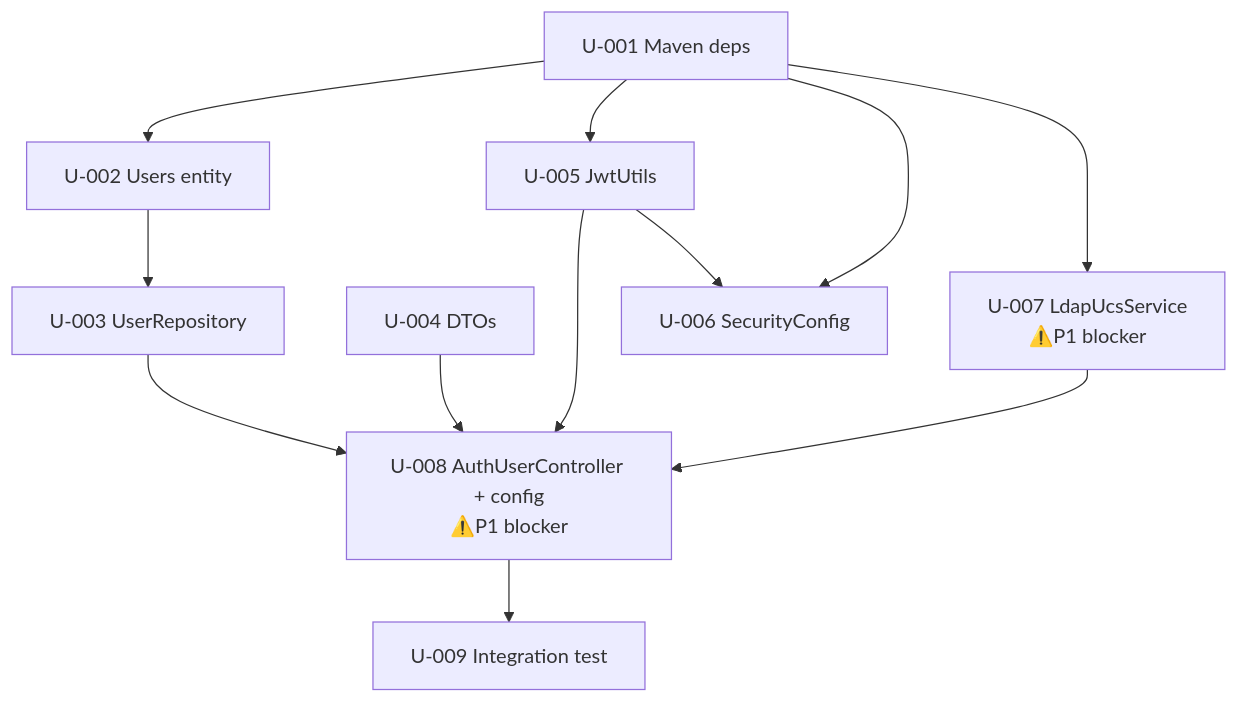
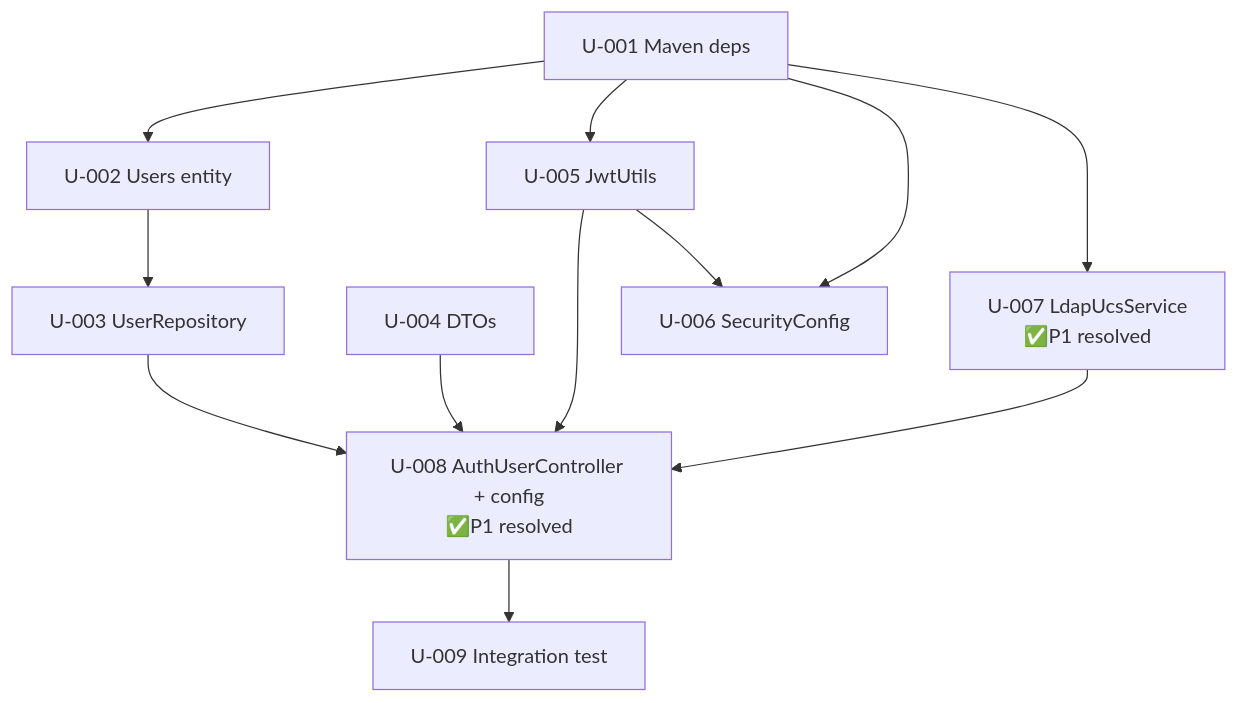
One commit to ikbalgazalba/coresystembackend changed the diagram in .mega-sdd/vaults/jwt-login/units/_index.md. Above: the diagram before and after it, drawn with Mermaid. The commit also changed other lines of this file and 36 other files, not shown here.

````diff
--- a/.mega-sdd/vaults/jwt-login/units/_index.md
+++ b/.mega-sdd/vaults/jwt-login/units/_index.md
@@ -16,15 +16,15 @@
 ```mermaid
 flowchart TD
     U001[U-001 Maven deps] --> U002[U-002 Users entity]
     U001 --> U005[U-005 JwtUtils]
-    U001 --> U007[U-007 LdapUcsService<br/>⚠️P1 blocker]
+    U001 --> U007[U-007 LdapUcsService<br/>✅P1 resolved]
     U002 --> U003[U-003 UserRepository]
     U004[U-004 DTOs]
     U005 --> U006[U-006 SecurityConfig]
     U001 --> U006
-    U003 --> U008[U-008 AuthUserController + config<br/>⚠️P1 blocker]
+    U003 --> U008[U-008 AuthUserController + config<br/>✅P1 resolved]
     U004 --> U008
     U005 --> U008
     U007 --> U008
     U008 --> U009[U-009 Integration test]
 ```
````
